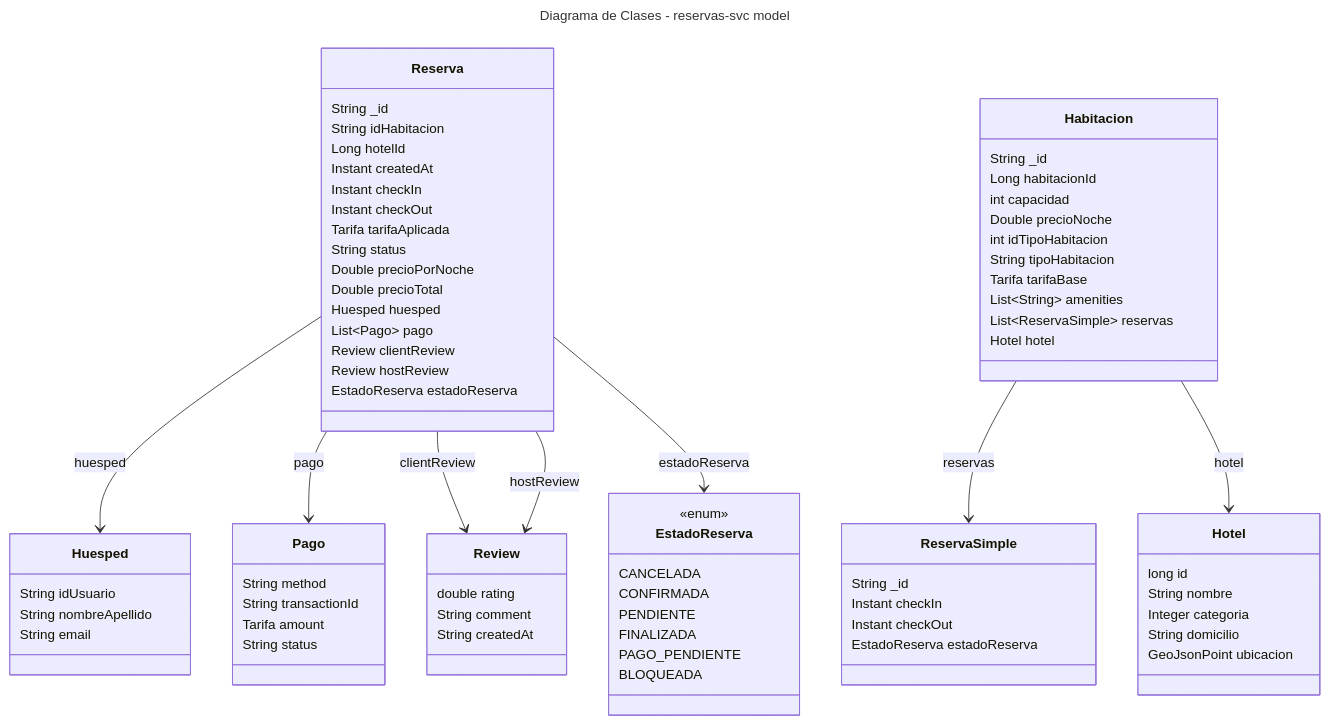
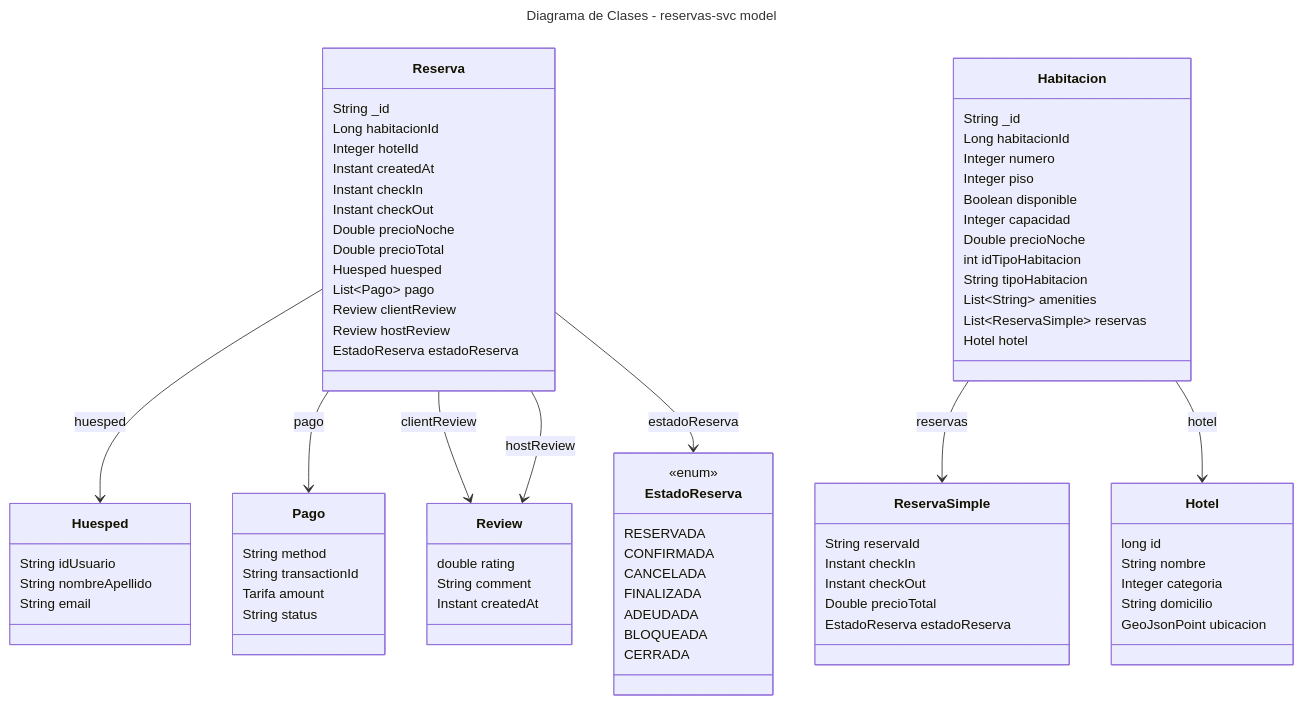
The diagram in services/reservas-svc/modelo.mmd (Seba02-sr/gestion-de-reservas), drawn with Mermaid before and after one commit. The commit also changed 3 other files, not shown here.

```diff
--- a/services/reservas-svc/modelo.mmd
+++ b/services/reservas-svc/modelo.mmd
@@ -1,78 +1,80 @@
 ---
 title: Diagrama de Clases - reservas-svc model
 ---
 classDiagram
     class Reserva {
         String _id
-        String idHabitacion
-        Long hotelId
+        Long habitacionId
+        Integer hotelId
         Instant createdAt
         Instant checkIn
         Instant checkOut
-        Tarifa tarifaAplicada
-        String status
-        Double precioPorNoche
+        Double precioNoche
         Double precioTotal
         Huesped huesped
         List~Pago~ pago
         Review clientReview
         Review hostReview
         EstadoReserva estadoReserva
     }
     class Pago {
         String method
         String transactionId
         Tarifa amount
         String status
     }
     class Review {
         double rating
         String comment
-        String createdAt
+        Instant createdAt
     }
     class Huesped {
         String idUsuario
         String nombreApellido
         String email
     }
     class EstadoReserva {
         <<enum>>
+        RESERVADA
+        CONFIRMADA
         CANCELADA
-        CONFIRMADA
-        PENDIENTE
         FINALIZADA
-        PAGO_PENDIENTE
+        ADEUDADA
         BLOQUEADA
+        CERRADA
     }
     class Habitacion {
         String _id
         Long habitacionId
-        int capacidad
+        Integer numero
+        Integer piso
+        Boolean disponible
+        Integer capacidad
         Double precioNoche
         int idTipoHabitacion
         String tipoHabitacion
-        Tarifa tarifaBase
         List~String~ amenities
         List~ReservaSimple~ reservas
         Hotel hotel
     }
     class Hotel {
         long id
         String nombre
         Integer categoria
         String domicilio
         GeoJsonPoint ubicacion
     }
     class ReservaSimple {
-        String _id
+        String reservaId
         Instant checkIn
         Instant checkOut
+        Double precioTotal
         EstadoReserva estadoReserva
     }
     Reserva --> Huesped : huesped
     Reserva --> Pago : pago
     Reserva --> Review : clientReview
     Reserva --> Review : hostReview
     Reserva --> EstadoReserva : estadoReserva
     Habitacion --> ReservaSimple : reservas
     Habitacion --> Hotel : hotel
```
